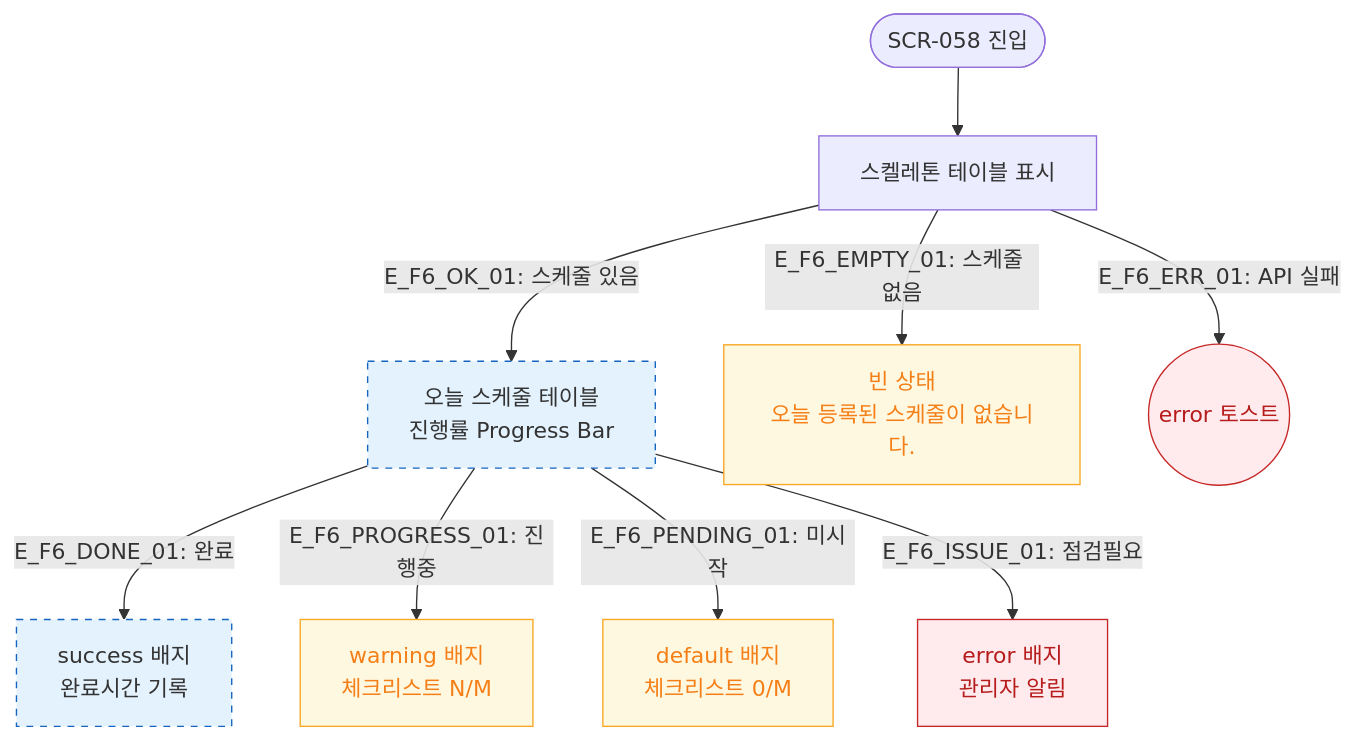
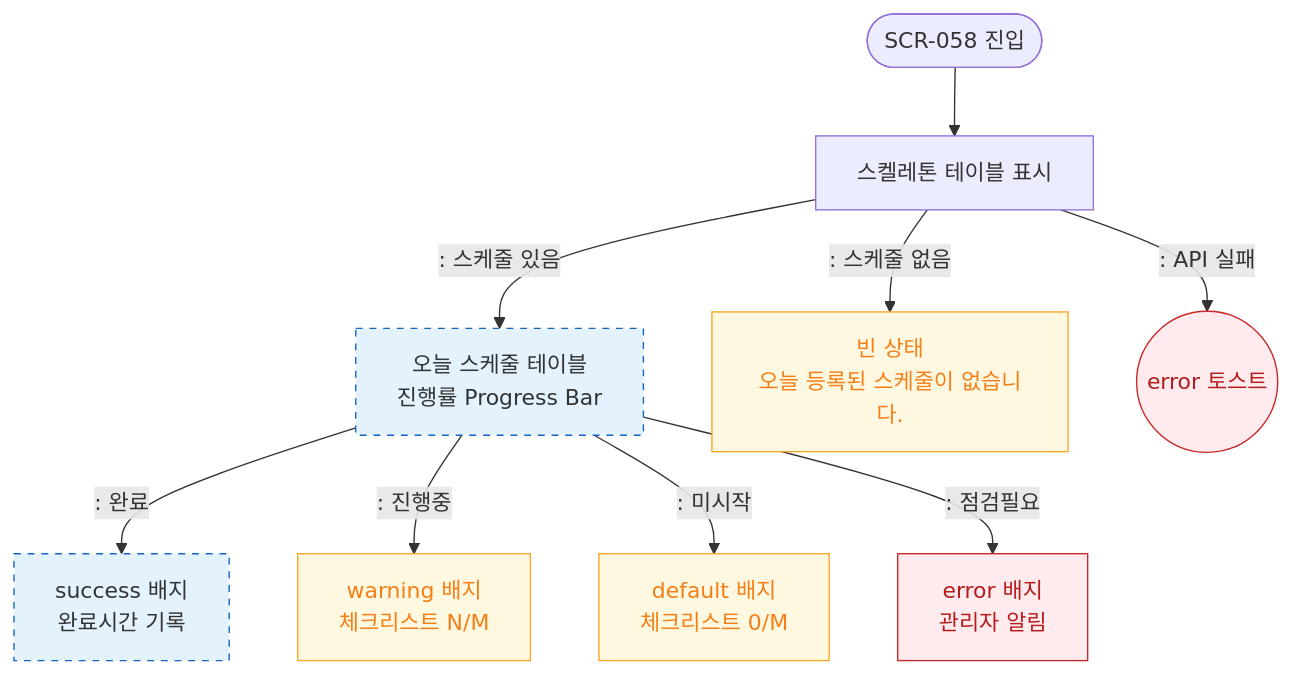
The diagram in docs/다이어그램/D06_시설관리/SCR-058_청소스케줄/F6_상태별.md (dev-spogym/admin-pando), drawn with Mermaid before and after one commit. The commit also changed other lines of this file and 1660 other files, not shown here.

First line of the commit message:
다이어그램: 기획자/클라이언트 납품본으로 정리

````diff
--- a/docs/다이어그램/D06_시설관리/SCR-058_청소스케줄/F6_상태별.md
+++ b/docs/다이어그램/D06_시설관리/SCR-058_청소스케줄/F6_상태별.md
@@ -16,20 +14,20 @@
 ```mermaid
 flowchart TD
     ENTER([SCR-058 진입]) --> Loading[스켈레톤 테이블 표시]
-    Loading -->|"E_F6_OK_01: 스케줄 있음"| StateNormal[오늘 스케줄 테이블\n진행률 Progress Bar]
-    Loading -->|"E_F6_EMPTY_01: 스케줄 없음"| StateEmpty[빈 상태\n오늘 등록된 스케줄이 없습니다.]
-    Loading -->|"E_F6_ERR_01: API 실패"| StateErr((error 토스트))
+    Loading -->|": 스케줄 있음"|StateNormal[오늘 스케줄 테이블\n진행률 Progress Bar]
+    Loading -->|": 스케줄 없음"|StateEmpty[빈 상태\n오늘 등록된 스케줄이 없습니다.]
+    Loading -->|": API 실패"|StateErr((error 토스트))
 
-    StateNormal -->|"E_F6_DONE_01: 완료"| DoneRow[success 배지\n완료시간 기록]
-    StateNormal -->|"E_F6_PROGRESS_01: 진행중"| ProgressRow[warning 배지\n체크리스트 N/M]
-    StateNormal -->|"E_F6_PENDING_01: 미시작"| PendingRow[default 배지\n체크리스트 0/M]
-    StateNormal -->|"E_F6_ISSUE_01: 점검필요"| IssueRow[error 배지\n관리자 알림]
+    StateNormal -->|": 완료"|DoneRow[success 배지\n완료시간 기록]
+    StateNormal -->|": 진행중"|ProgressRow[warning 배지\n체크리스트 N/M]
+    StateNormal -->|": 미시작"|PendingRow[default 배지\n체크리스트 0/M]
+    StateNormal -->|": 점검필요"|IssueRow[error 배지\n관리자 알림]
 
     classDef newFeature fill:#F3E5F5,stroke:#9C27B0,stroke-dasharray:5 5
     classDef screen fill:#E3F2FD,stroke:#1565C0,stroke-dasharray:5 5
     classDef warning fill:#FFF8E1,stroke:#F9A825,color:#F57F17
     classDef error fill:#FFEBEE,stroke:#C62828,color:#B71C1C
     class StateNormal,DoneRow screen
     class StateEmpty,ProgressRow,PendingRow warning
     class StateErr,IssueRow error
 ```
````
